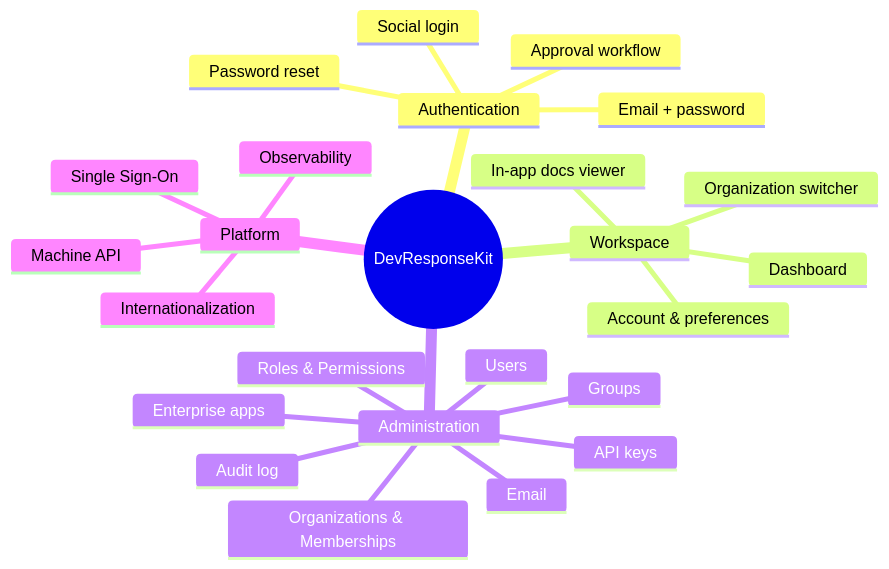
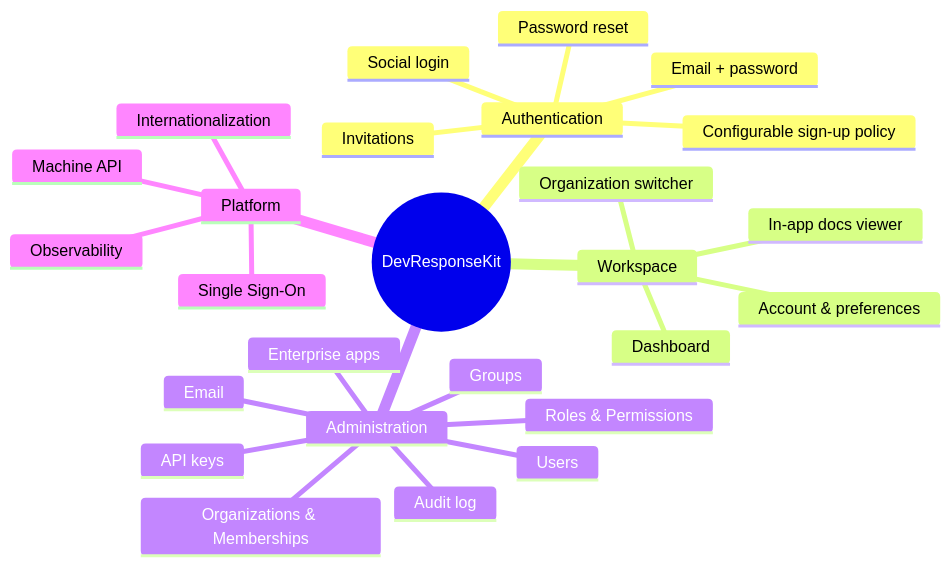
One commit to devresponse/devresponsekit changed the first of 2 diagrams in docs/product-overview.md. Above: the diagram before and after it, drawn with Mermaid. The commit also changed other lines of this file and 35 other files, not shown here.

````diff
--- a/docs/product-overview.md
+++ b/docs/product-overview.md
@@ -46,28 +46,29 @@
 ```mermaid
 mindmap
   root((DevResponseKit))
     Authentication
       Email + password
       Social login
       Password reset
-      Approval workflow
+      Configurable sign-up policy
+      Invitations
     Workspace
       Dashboard
       Account & preferences
       Organization switcher
       In-app docs viewer
     Administration
       Users
       Roles & Permissions
       Groups
       Organizations & Memberships
       Enterprise apps
       API keys
       Email
       Audit log
     Platform
       Single Sign-On
       Machine API
       Internationalization
       Observability
 ```
````
